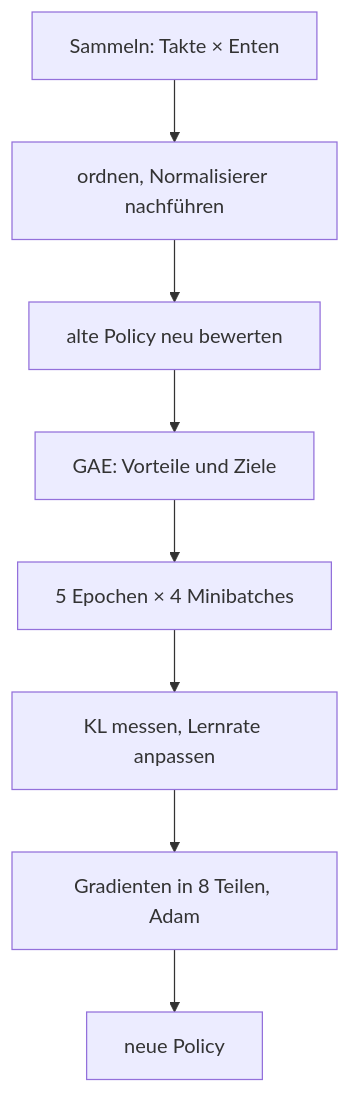
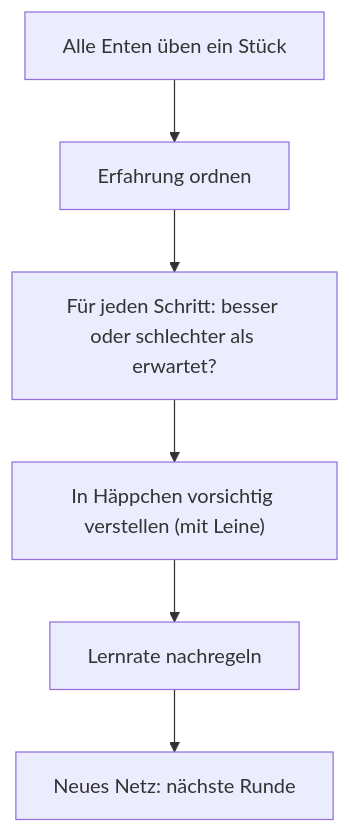
Before and after one commit to ChristianHohlfeld/kernengine.de: the fourth of 5 diagrams in kern/docs/buch-gruen/A-grundlagen-neuronale-netze.md, drawn with Mermaid. The commit also changed other lines of this file and 2 other files, not shown here.

````diff
--- a/kern/docs/buch-gruen/A-grundlagen-neuronale-netze.md
+++ b/kern/docs/buch-gruen/A-grundlagen-neuronale-netze.md
@@ -517,10 +664,8 @@
 ```mermaid
 flowchart TD
-  S["Sammeln: Takte × Enten"] --> K["ordnen, Normalisierer nachführen"]
-  K --> E["alte Policy neu bewerten"]
-  E --> G["GAE: Vorteile und Ziele"]
-  G --> MB["5 Epochen × 4 Minibatches"]
-  MB --> KL["KL messen, Lernrate anpassen"]
-  KL --> AD["Gradienten in 8 Teilen, Adam"]
-  AD --> Ende["neue Policy"]
+  S["Alle Enten üben ein Stück"] --> K["Erfahrung ordnen"]
+  K --> G["Für jeden Schritt: besser oder schlechter als erwartet?"]
+  G --> MB["In Häppchen vorsichtig verstellen (mit Leine)"]
+  MB --> AD["Lernrate nachregeln"]
+  AD --> Ende["Neues Netz: nächste Runde"]
 ```
````
